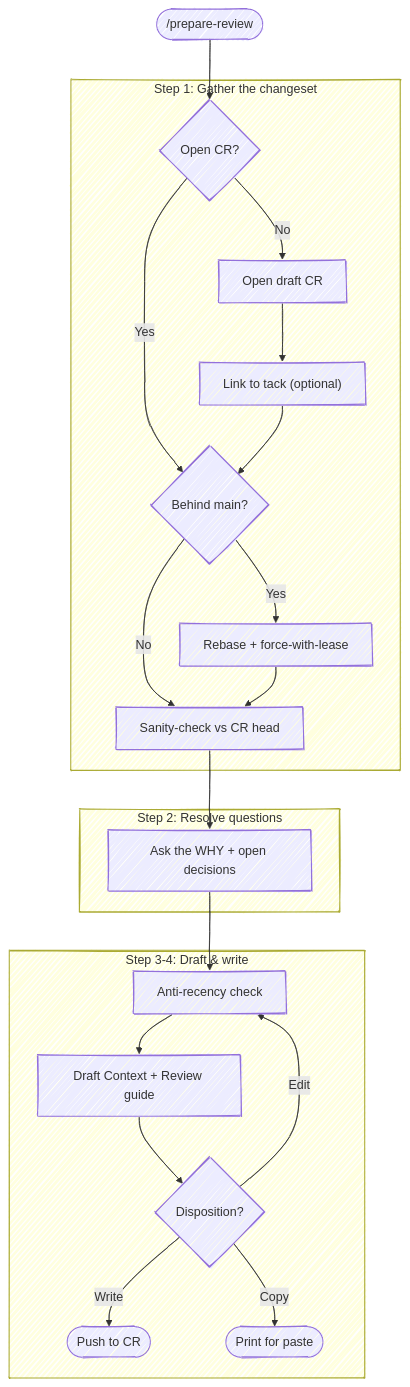
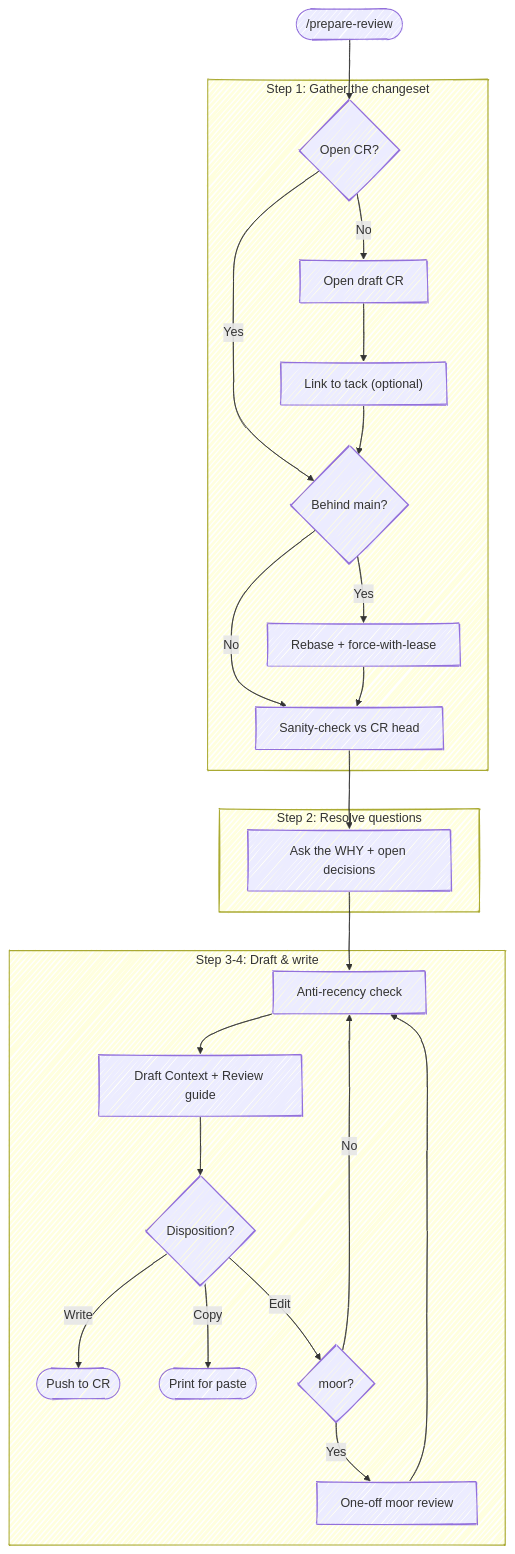
Before and after one commit to chris-peterson/anchor: the diagram in skills/prepare-review/SKILL.md, drawn with Mermaid. The commit also changed other lines of this file and 3 other files, not shown here.

First line of the commit message:
Diff CR descriptions and route Edit through moor

````diff
--- a/skills/prepare-review/SKILL.md
+++ b/skills/prepare-review/SKILL.md
@@ -17,28 +17,31 @@
 ```mermaid
 %%{ init: { 'look': 'handDrawn' } }%%
 flowchart TD
     Start(["/prepare-review"]) --> CR{Open CR?}
 
     subgraph "Step 1: Gather the changeset"
         CR -->|No| MakeCR["Open draft CR"]
         CR -->|Yes| Behind
         MakeCR --> Tack["Link to tack (optional)"]
         Tack --> Behind{Behind main?}
         Behind -->|Yes| DoRebase["Rebase + force-with-lease"]
         Behind -->|No| StateCheck
         DoRebase --> StateCheck["Sanity-check vs CR head"]
     end
 
     subgraph "Step 2: Resolve questions"
         StateCheck --> Why["Ask the WHY + open decisions"]
     end
 
     subgraph "Step 3-4: Draft & write"
         Why --> Recency["Anti-recency check"]
         Recency --> Draft["Draft Context + Review guide"]
         Draft --> Out{Disposition?}
         Out -->|Write| Forge(["Push to CR"])
         Out -->|Copy| CopyOnly(["Print for paste"])
-        Out -->|Edit| Recency
+        Out -->|Edit| EditCh{moor?}
+        EditCh -->|Yes| Moor["One-off moor review"]
+        EditCh -->|No| Recency
+        Moor --> Recency
     end
 ```
````
